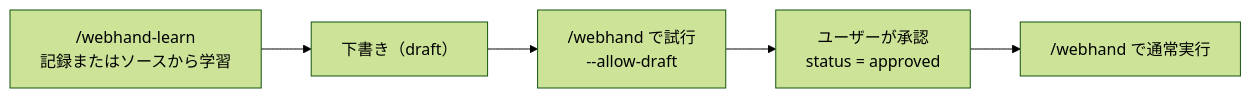
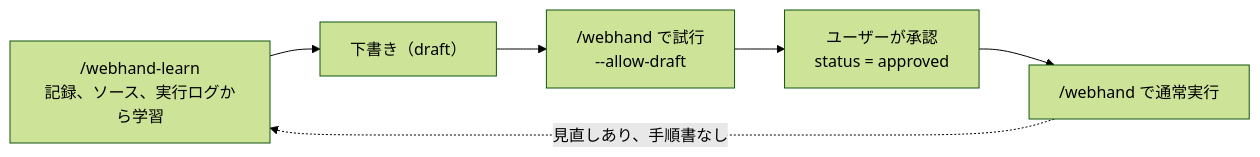
One commit to sakamoto66/webhand changed the diagram in docs/usage.ja.md. Above: the diagram before and after it, drawn with Mermaid (forest theme). The commit also changed other lines of this file and 4 other files, not shown here.

````diff
--- a/docs/usage.ja.md
+++ b/docs/usage.ja.md
@@ -48,7 +50,8 @@
 ```mermaid
 flowchart LR
-  L["/webhand-learn<br>記録またはソースから学習"] --> D["下書き（draft）"]
+  L["/webhand-learn<br>記録、ソース、実行ログから学習"] --> D["下書き（draft）"]
   D --> T["/webhand で試行<br>--allow-draft"]
   T --> A["ユーザーが承認<br>status = approved"]
   A --> R["/webhand で通常実行"]
+  R -.->|見直しあり、手順書なし| L
 ```
````
